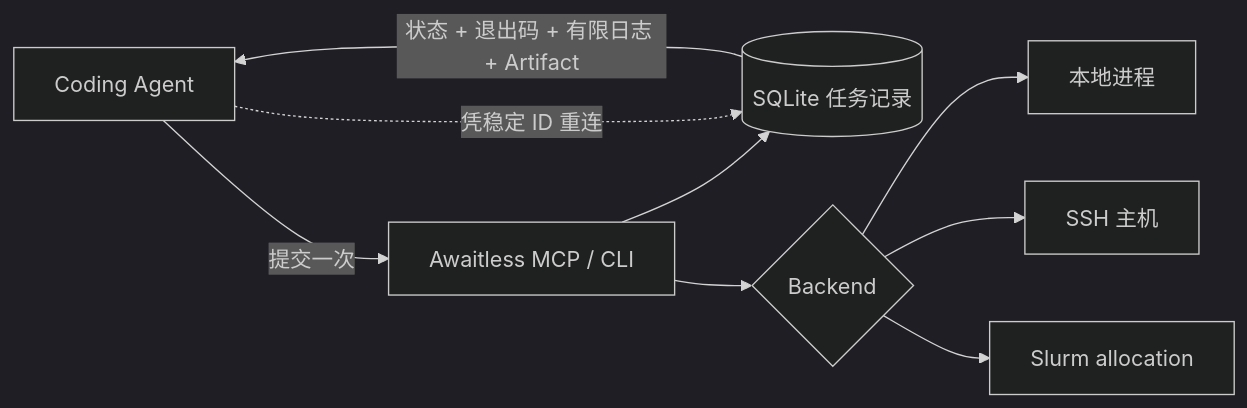
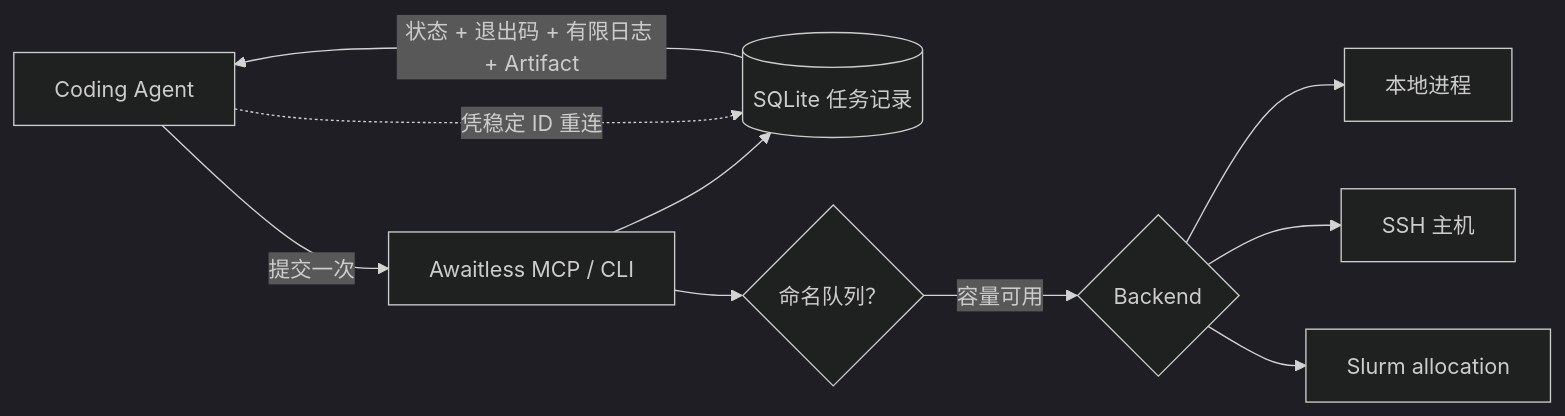
Before and after one commit to xpluspro/Awaitless: the diagram in README.zh-CN.md, drawn with Mermaid (dark theme). The commit also changed other lines of this file and 24 other files, not shown here.

````diff
--- a/README.zh-CN.md
+++ b/README.zh-CN.md
@@ -129,11 +145,12 @@
 ```mermaid
 flowchart LR
     A["Coding Agent"] -->|"提交一次"| B["Awaitless MCP / CLI"]
     B --> C[("SQLite 任务记录")]
-    B --> D{"Backend"}
+    B --> Q{"命名队列？"}
+    Q -->|"容量可用"| D{"Backend"}
     D --> L["本地进程"]
     D --> S["SSH 主机"]
     D --> H["Slurm allocation"]
     A -. "凭稳定 ID 重连" .-> C
     C -->|"状态 + 退出码 + 有限日志 + Artifact"| A
 ```
````
